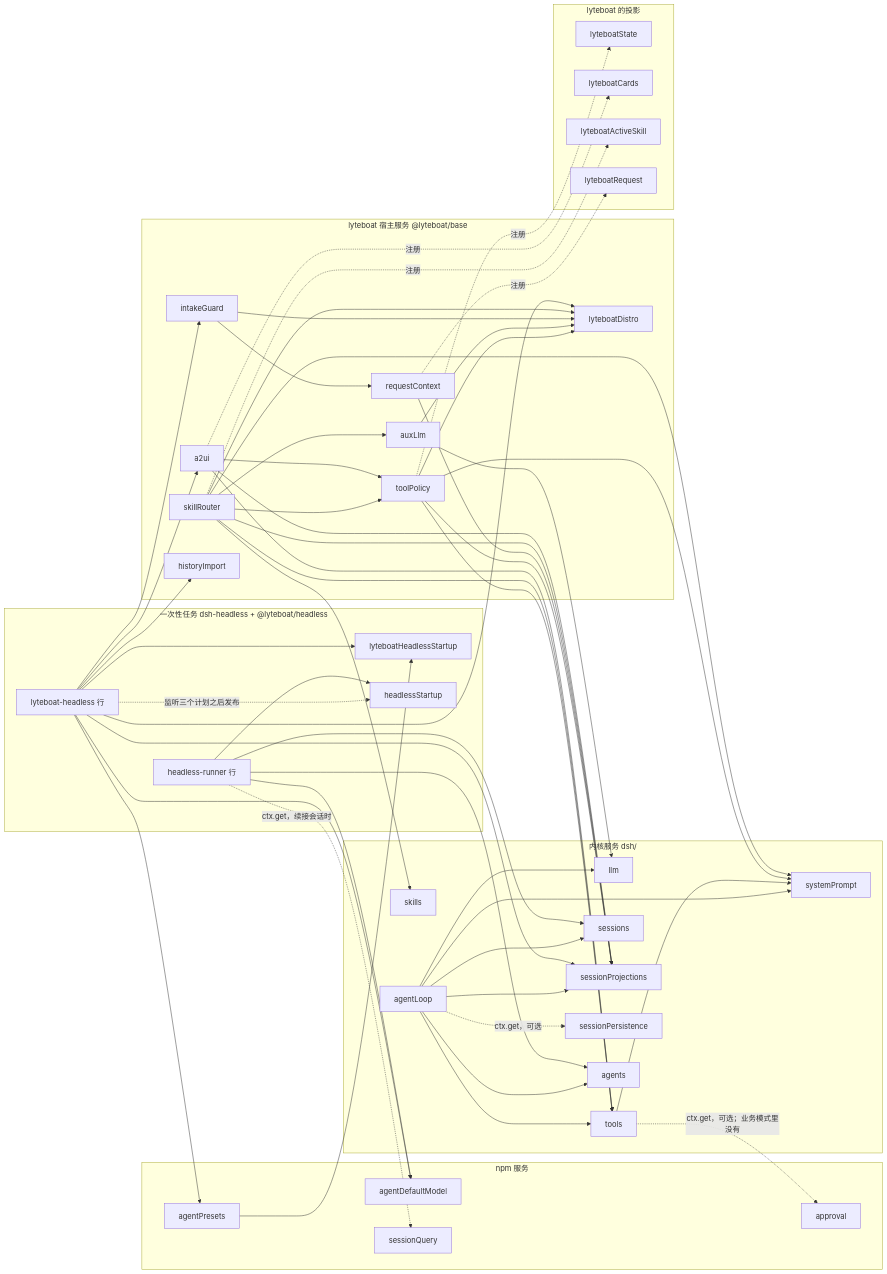
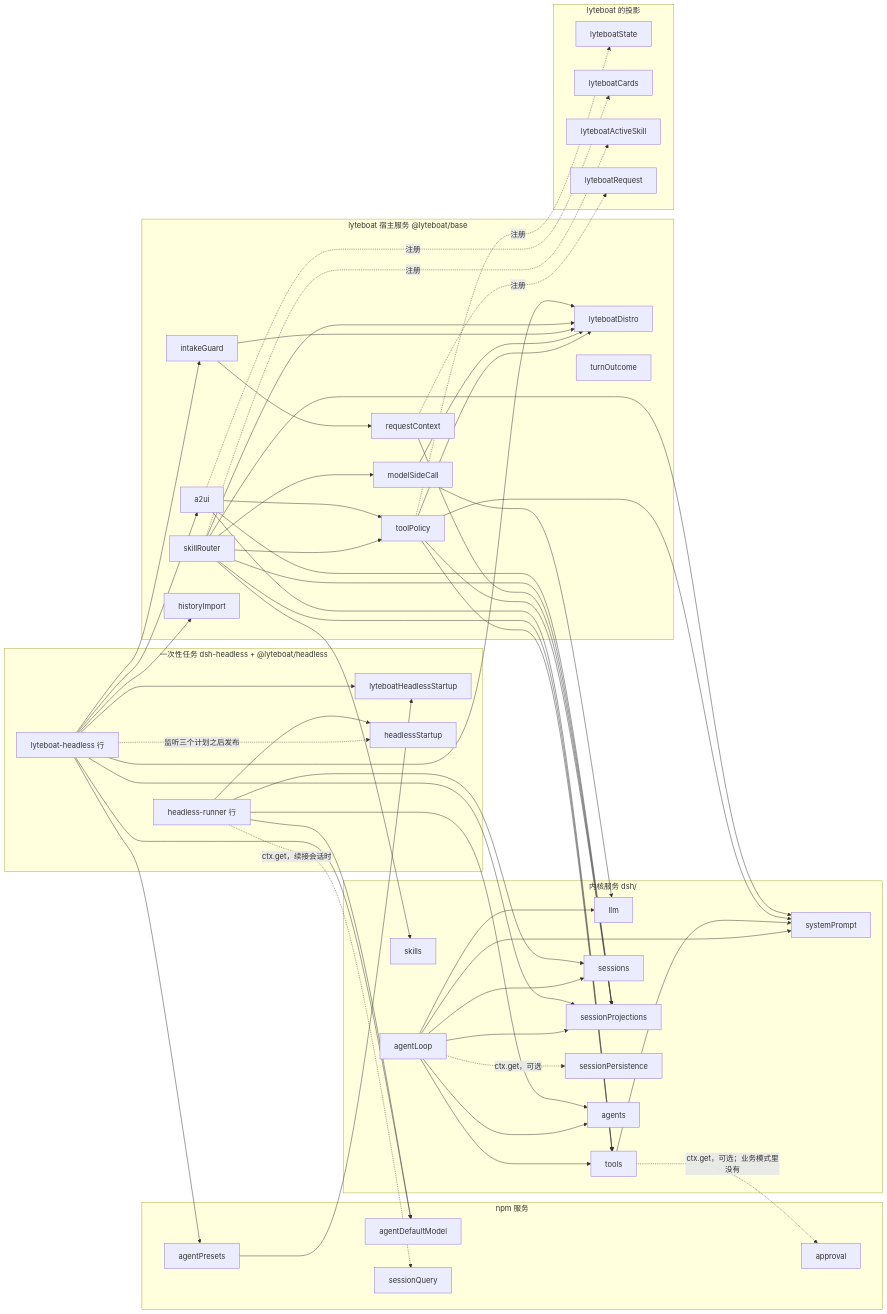
One commit to lyteboat/lyteboat changed the third of 11 diagrams in docs/01-architecture.md. Above: the diagram before and after it, drawn with Mermaid. The commit also changed other lines of this file and 78 other files, not shown here.

````diff
--- a/docs/01-architecture.md
+++ b/docs/01-architecture.md
@@ -169,61 +169,62 @@
 ```mermaid
 flowchart LR
   subgraph KS["内核服务 dsh/"]
     llm["llm"]
     tools["tools"]
     skills["skills"]
     sessions["sessions"]
     sp["systemPrompt"]
     proj["sessionProjections"]
     persist["sessionPersistence"]
     agentsS["agents"]
     loop["agentLoop"]
   end
   subgraph NS["npm 服务"]
     approval["approval"]
     presets["agentPresets"]
     dm["agentDefaultModel"]
     sq["sessionQuery"]
   end
   subgraph BS["lyteboat 宿主服务 @lyteboat/base"]
     distro["lyteboatDistro"]
     tp["toolPolicy"]
-    aux["auxLlm"]
+    aux["modelSideCall"]
     rc["requestContext"]
+    to["turnOutcome"]
     ig["intakeGuard"]
     sr["skillRouter"]
     a2ui["a2ui"]
     hi["historyImport"]
   end
   subgraph RS["一次性任务 dsh-headless + @lyteboat/headless"]
     startup["lyteboatHeadlessStartup"]
     hooks["lyteboat-headless 行"]
     hstart["headlessStartup"]
     runner["headless-runner 行"]
   end
   subgraph PS["lyteboat 的投影"]
     pState["lyteboatState"]
     pCards["lyteboatCards"]
     pSkill["lyteboatActiveSkill"]
     pReq["lyteboatRequest"]
   end
   loop --> agentsS & sessions & llm & tools & sp & proj
   tools --> sp
   tp --> tools & proj & sp & distro
   aux --> llm & distro
   rc --> proj
   ig --> rc & distro
   sr --> skills & aux & proj & sp & tools & tp & distro
   a2ui --> tools & tp & proj
   presets --> startup
   hooks --> distro & dm & presets & proj & hi & a2ui & ig & startup
   hooks -.->|"监听三个计划之后发布"| hstart
   runner --> dm & agentsS & sessions & hstart
   runner -.->|"ctx.get，续接会话时"| sq
   tp -.->|"注册"| pState
   a2ui -.->|"注册"| pCards
   sr -.->|"注册"| pSkill
   rc -.->|"注册"| pReq
   tools -.->|"ctx.get，可选；业务模式里没有"| approval
   loop -.->|"ctx.get，可选"| persist
 ```
````
